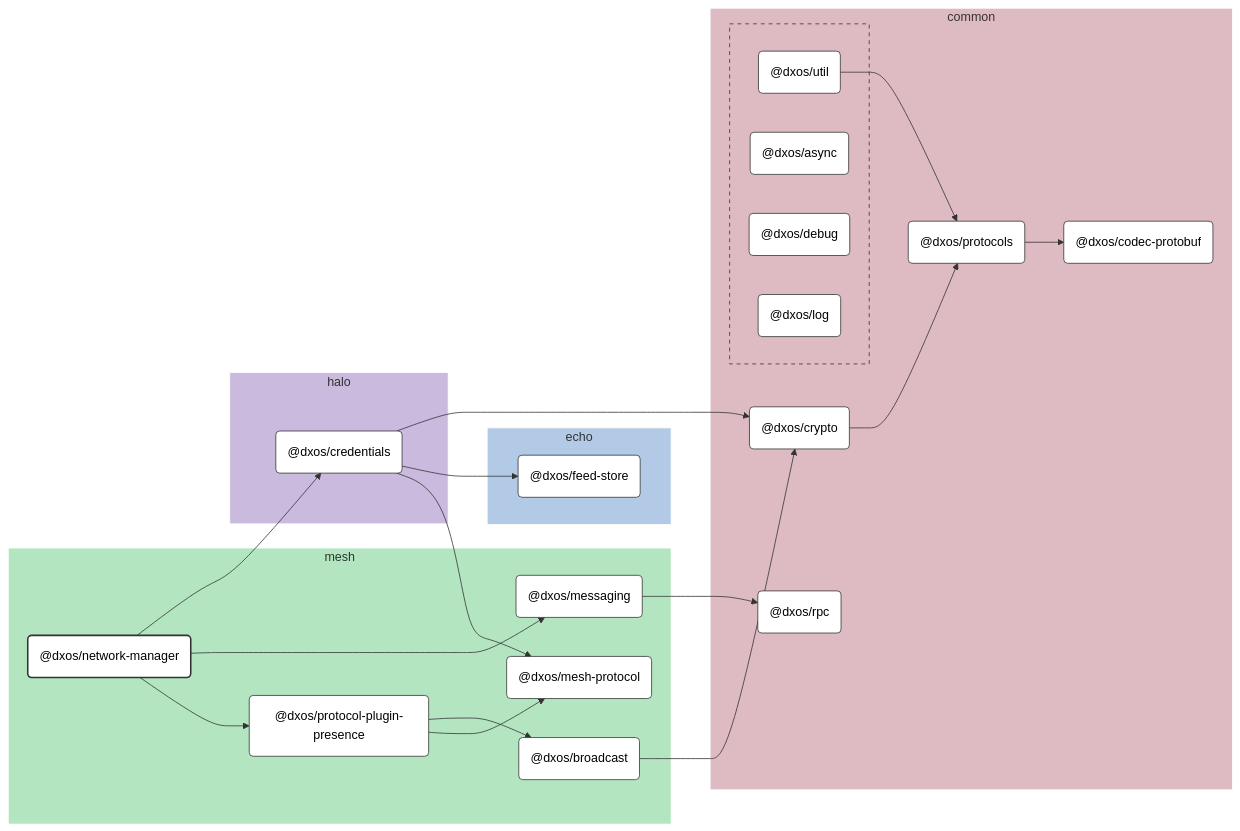
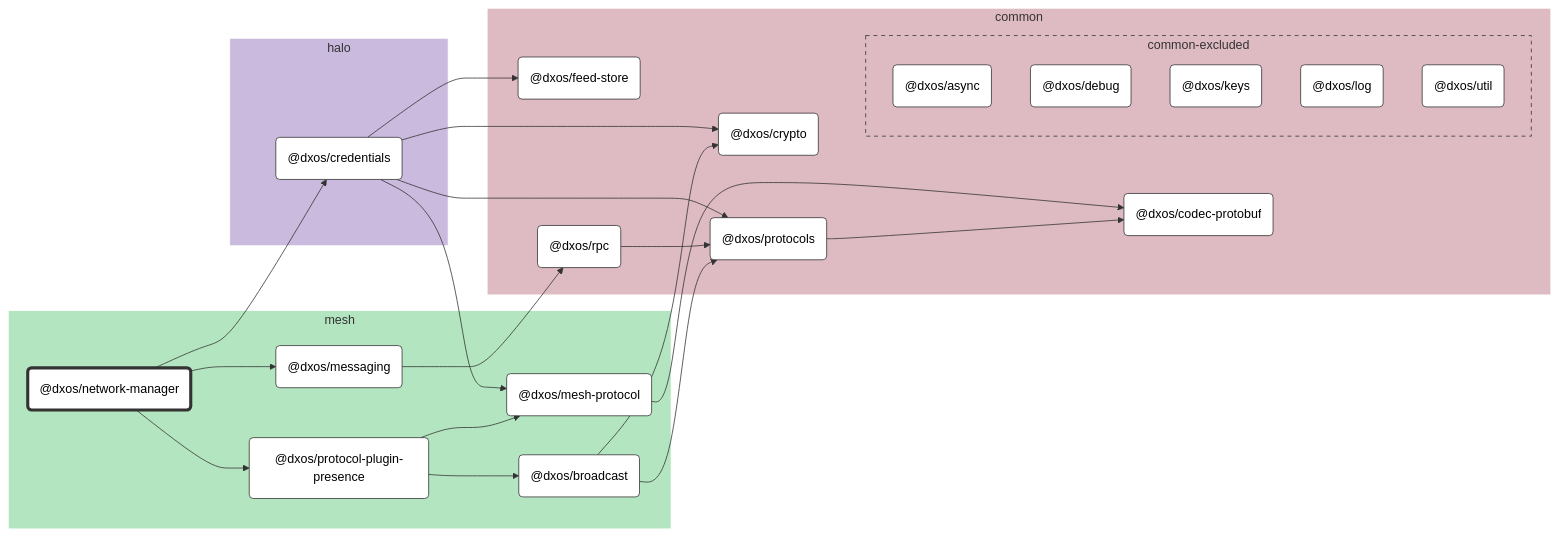
One commit to dxos/dxos changed the diagram in packages/mesh/network-manager/docs/README.md. Above: the diagram before and after it, drawn with Mermaid (neutral theme). The commit also changed other lines of this file and 683 other files, not shown here.

````diff
--- a/packages/mesh/network-manager/docs/README.md
+++ b/packages/mesh/network-manager/docs/README.md
@@ -9,98 +9,75 @@
 
 flowchart LR
 
-%% Links
-dxos/broadcast --> dxos/crypto;
-dxos/credentials --> dxos/crypto;
-dxos/credentials --> dxos/feed-store;
-dxos/credentials --> dxos/mesh-protocol;
-dxos/crypto --> dxos/protocols;
-dxos/messaging --> dxos/rpc;
-dxos/network-manager --> dxos/credentials;
-dxos/network-manager --> dxos/messaging;
-dxos/network-manager --> dxos/protocol-plugin-presence;
-dxos/protocol-plugin-presence --> dxos/broadcast;
-dxos/protocol-plugin-presence --> dxos/mesh-protocol;
-dxos/protocols --> dxos/codec-protobuf;
-dxos/util --> dxos/protocols;
+%% Classes
+classDef def fill:#fff,stroke:#333,stroke-width:1px
+classDef root fill:#fff,stroke:#333,stroke-width:4px
 
-%% Sections
-subgraph mesh
-  style mesh fill:#b3e6c0,stroke:#fff;
+%% Nodes
 
-  dxos/broadcast("@dxos/broadcast")
-  dxos/mesh-protocol("@dxos/mesh-protocol")
-  dxos/messaging("@dxos/messaging")
-  dxos/network-manager("@dxos/network-manager")
-  dxos/protocol-plugin-presence("@dxos/protocol-plugin-presence")
+subgraph mesh [mesh]
+  style mesh fill:#b3e6c0,stroke:#fff
+  dxos/network-manager("@dxos/network-manager"):::root
+  click dxos/network-manager "dxos/dxos/tree/main/packages/mesh/network-manager/docs"
+  dxos/mesh-protocol("@dxos/mesh-protocol"):::def
+  click dxos/mesh-protocol "dxos/dxos/tree/main/packages/mesh/mesh-protocol/docs"
+  dxos/messaging("@dxos/messaging"):::def
+  click dxos/messaging "dxos/dxos/tree/main/packages/mesh/messaging/docs"
+  dxos/protocol-plugin-presence("@dxos/protocol-plugin-presence"):::def
+  click dxos/protocol-plugin-presence "dxos/dxos/tree/main/packages/mesh/protocol-plugin-presence/docs"
+  dxos/broadcast("@dxos/broadcast"):::def
+  click dxos/broadcast "dxos/dxos/tree/main/packages/mesh/broadcast/docs"
 end
 
-subgraph common
-  style common fill:#debac2,stroke:#fff;
+subgraph common [common]
+  style common fill:#debac2,stroke:#fff
+  dxos/codec-protobuf("@dxos/codec-protobuf"):::def
+  click dxos/codec-protobuf "dxos/dxos/tree/main/packages/common/codec-protobuf/docs"
+  dxos/crypto("@dxos/crypto"):::def
+  click dxos/crypto "dxos/dxos/tree/main/packages/common/crypto/docs"
+  dxos/feed-store("@dxos/feed-store"):::def
+  click dxos/feed-store "dxos/dxos/tree/main/packages/common/feed-store/docs"
+  dxos/protocols("@dxos/protocols"):::def
+  click dxos/protocols "dxos/dxos/tree/main/packages/common/protocols/docs"
+  dxos/rpc("@dxos/rpc"):::def
+  click dxos/rpc "dxos/dxos/tree/main/packages/common/rpc/docs"
 
-  dxos/codec-protobuf("@dxos/codec-protobuf")
-  dxos/crypto("@dxos/crypto")
-  dxos/protocols("@dxos/protocols")
-  dxos/rpc("@dxos/rpc")
-
-  subgraph common-excluded [ ]
-    style common-excluded fill:#debac2,stroke:#333,stroke-dasharray:5 5;
-
-    dxos/async("@dxos/async")
-    dxos/debug("@dxos/debug")
-    dxos/log("@dxos/log")
-    dxos/util("@dxos/util")
+  subgraph common-excluded [common-excluded]
+    style common-excluded fill:#debac2,stroke:#333,stroke-dasharray:5 5
+    dxos/async("@dxos/async"):::def
+    click dxos/async "dxos/dxos/tree/main/packages/common/async/docs"
+    dxos/debug("@dxos/debug"):::def
+    click dxos/debug "dxos/dxos/tree/main/packages/common/debug/docs"
+    dxos/keys("@dxos/keys"):::def
+    click dxos/keys "dxos/dxos/tree/main/packages/common/keys/docs"
+    dxos/log("@dxos/log"):::def
+    click dxos/log "dxos/dxos/tree/main/packages/common/log/docs"
+    dxos/util("@dxos/util"):::def
+    click dxos/util "dxos/dxos/tree/main/packages/common/util/docs"
   end
 end
 
-subgraph halo
-  style halo fill:#cabade,stroke:#fff;
-
-  dxos/credentials("@dxos/credentials")
+subgraph halo [halo]
+  style halo fill:#cabade,stroke:#fff
+  dxos/credentials("@dxos/credentials"):::def
+  click dxos/credentials "dxos/dxos/tree/main/packages/halo/credentials/docs"
 end
 
-subgraph echo
-  style echo fill:#b3cae6,stroke:#fff;
-
-  dxos/feed-store("@dxos/feed-store")
-end
-
-
-%% Hyperlinks
-click dxos/async "dxos/dxos/tree/main/packages/common/async/docs";
-click dxos/broadcast "dxos/dxos/tree/main/packages/mesh/broadcast/docs";
-click dxos/codec-protobuf "dxos/dxos/tree/main/packages/common/codec-protobuf/docs";
-click dxos/credentials "dxos/dxos/tree/main/packages/halo/credentials/docs";
-click dxos/crypto "dxos/dxos/tree/main/packages/common/crypto/docs";
-click dxos/debug "dxos/dxos/tree/main/packages/common/debug/docs";
-click dxos/feed-store "dxos/dxos/tree/main/packages/echo/feed-store/docs";
-click dxos/log "dxos/dxos/tree/main/packages/common/log/docs";
-click dxos/mesh-protocol "dxos/dxos/tree/main/packages/mesh/mesh-protocol/docs";
-click dxos/messaging "dxos/dxos/tree/main/packages/mesh/messaging/docs";
-click dxos/protocol-plugin-presence "dxos/dxos/tree/main/packages/mesh/protocol-plugin-presence/docs";
-click dxos/protocols "dxos/dxos/tree/main/packages/common/protocols/docs";
-click dxos/rpc "dxos/dxos/tree/main/packages/common/rpc/docs";
-click dxos/util "dxos/dxos/tree/main/packages/common/util/docs";
-
-%% Styles
-classDef rootNode fill:#fff,stroke:#333,stroke-width:2px
-classDef defaultNode fill:#fff,stroke:#333,stroke-width:1px
+%% Links
 linkStyle default stroke:#333,stroke-width:1px
-
-dxos/network-manager:::rootNode
-
-dxos/async:::defaultNode
-dxos/broadcast:::defaultNode
-dxos/codec-protobuf:::defaultNode
-dxos/credentials:::defaultNode
-dxos/crypto:::defaultNode
-dxos/debug:::defaultNode
-dxos/feed-store:::defaultNode
-dxos/log:::defaultNode
-dxos/mesh-protocol:::defaultNode
-dxos/messaging:::defaultNode
-dxos/protocol-plugin-presence:::defaultNode
-dxos/protocols:::defaultNode
-dxos/rpc:::defaultNode
-dxos/util:::defaultNode
+dxos/network-manager --> dxos/credentials
+dxos/credentials --> dxos/crypto
+dxos/credentials --> dxos/feed-store
+dxos/credentials --> dxos/mesh-protocol
+dxos/mesh-protocol --> dxos/codec-protobuf
+dxos/credentials --> dxos/protocols
+dxos/protocols --> dxos/codec-protobuf
+dxos/network-manager --> dxos/messaging
+dxos/messaging --> dxos/rpc
+dxos/rpc --> dxos/protocols
+dxos/network-manager --> dxos/protocol-plugin-presence
+dxos/protocol-plugin-presence --> dxos/broadcast
+dxos/broadcast --> dxos/crypto
+dxos/broadcast --> dxos/protocols
+dxos/protocol-plugin-presence --> dxos/mesh-protocol
 ```
````
